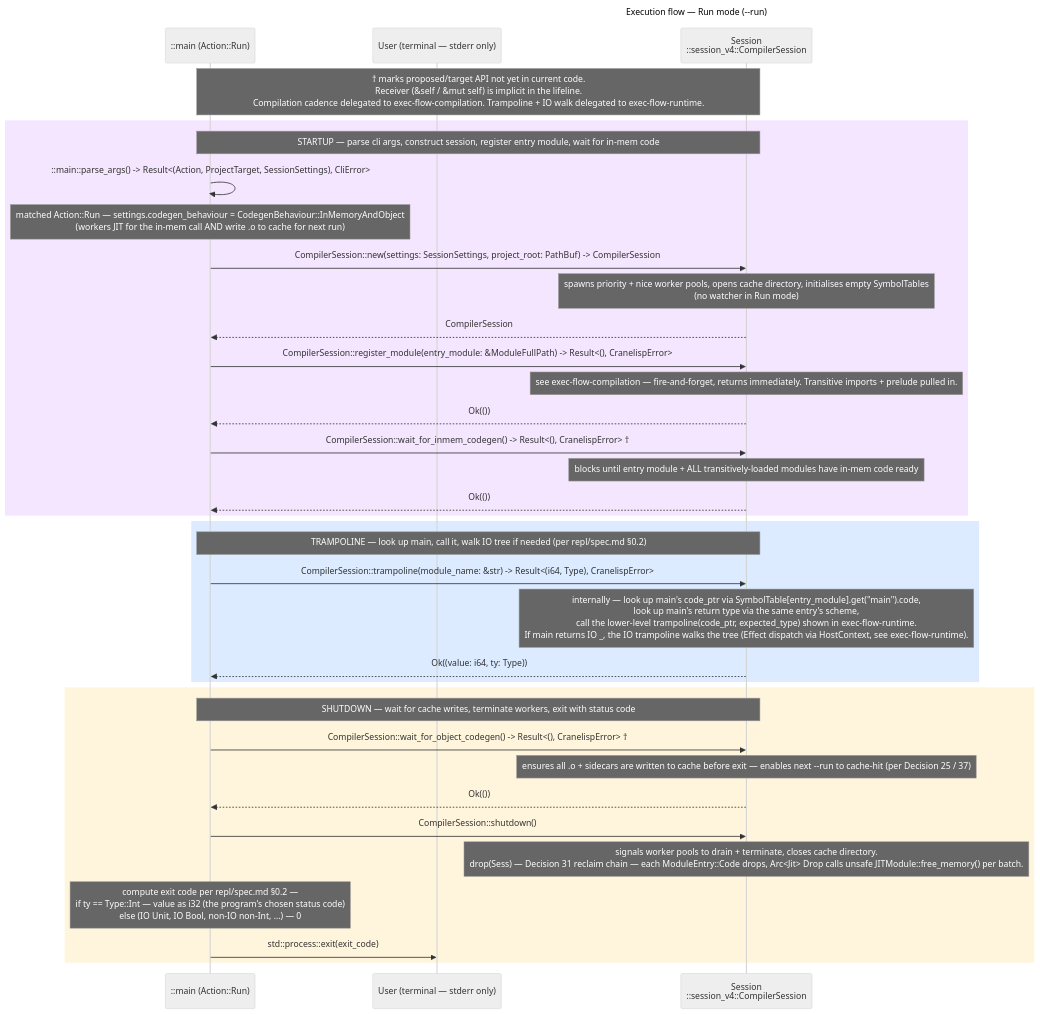
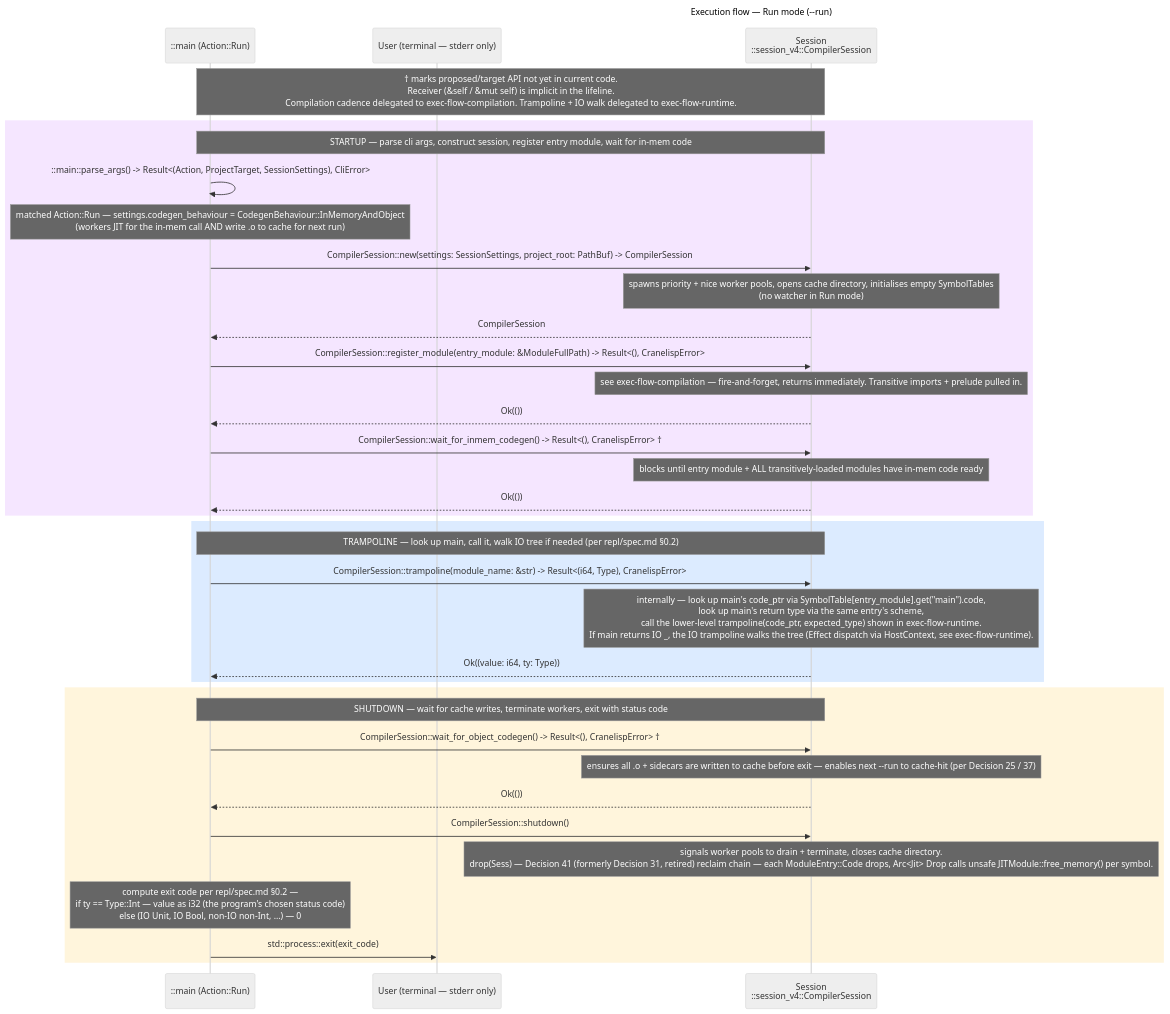
One commit to alilee/cranelisp changed the diagram in design/arch/sequences/exec-flow-run.mmd. Above: the diagram before and after it, drawn with Mermaid (neutral theme). The commit also changed 31 other files, not shown here.

```diff
--- a/design/arch/sequences/exec-flow-run.mmd
+++ b/design/arch/sequences/exec-flow-run.mmd
@@ -1,50 +1,50 @@
 sequenceDiagram
     title Execution flow — Run mode (--run)
 
     participant Initiator as ::main (Action::Run)
     participant User as User (terminal — stderr only)
     participant Sess as Session<br/>::session_v4::CompilerSession
 
     Note over Initiator, Sess: † marks proposed/target API not yet in current code.<br/>Receiver (&self / &mut self) is implicit in the lifeline.<br/>Compilation cadence delegated to exec-flow-compilation. Trampoline + IO walk delegated to exec-flow-runtime.
 
     rect rgb(245, 230, 255)
         Note over Initiator, Sess: STARTUP — parse cli args, construct session, register entry module, wait for in-mem code
 
         Initiator ->> Initiator: ::main::parse_args() -> Result<(Action, ProjectTarget, SessionSettings), CliError>
         Note over Initiator: matched Action::Run — settings.codegen_behaviour = CodegenBehaviour::InMemoryAndObject<br/>(workers JIT for the in-mem call AND write .o to cache for next run)
 
         Initiator ->> Sess: CompilerSession::new(settings: SessionSettings, project_root: PathBuf) -> CompilerSession
         Note over Sess: spawns priority + nice worker pools, opens cache directory, initialises empty SymbolTables<br/>(no watcher in Run mode)
         Sess -->> Initiator: CompilerSession
 
         Initiator ->> Sess: CompilerSession::register_module(entry_module: &ModuleFullPath) -> Result<(), CranelispError>
         Note over Sess: see exec-flow-compilation — fire-and-forget, returns immediately. Transitive imports + prelude pulled in.
         Sess -->> Initiator: Ok(())
 
         Initiator ->> Sess: CompilerSession::wait_for_inmem_codegen() -> Result<(), CranelispError> †
         Note over Sess: blocks until entry module + ALL transitively-loaded modules have in-mem code ready
         Sess -->> Initiator: Ok(())
     end
 
     rect rgb(220, 235, 255)
         Note over Initiator, Sess: TRAMPOLINE — look up main, call it, walk IO tree if needed (per repl/spec.md §0.2)
 
         Initiator ->> Sess: CompilerSession::trampoline(module_name: &str) -> Result<(i64, Type), CranelispError>
         Note over Sess: internally — look up main's code_ptr via SymbolTable[entry_module].get("main").code,<br/>look up main's return type via the same entry's scheme,<br/>call the lower-level trampoline(code_ptr, expected_type) shown in exec-flow-runtime.<br/>If main returns IO _, the IO trampoline walks the tree (Effect dispatch via HostContext, see exec-flow-runtime).
         Sess -->> Initiator: Ok((value: i64, ty: Type))
     end
 
     rect rgb(255, 245, 220)
         Note over Initiator, Sess: SHUTDOWN — wait for cache writes, terminate workers, exit with status code
 
         Initiator ->> Sess: CompilerSession::wait_for_object_codegen() -> Result<(), CranelispError> †
         Note over Sess: ensures all .o + sidecars are written to cache before exit — enables next --run to cache-hit (per Decision 25 / 37)
         Sess -->> Initiator: Ok(())
 
         Initiator ->> Sess: CompilerSession::shutdown()
-        Note over Sess: signals worker pools to drain + terminate, closes cache directory.<br/>drop(Sess) — Decision 31 reclaim chain — each ModuleEntry::Code drops, Arc<Jit> Drop calls unsafe JITModule::free_memory() per batch.
+        Note over Sess: signals worker pools to drain + terminate, closes cache directory.<br/>drop(Sess) — Decision 41 (formerly Decision 31, retired) reclaim chain — each ModuleEntry::Code drops, Arc<Jit> Drop calls unsafe JITModule::free_memory() per symbol.
 
         Note over Initiator: compute exit code per repl/spec.md §0.2 —<br/>if ty == Type::Int — value as i32 (the program's chosen status code)<br/>else (IO Unit, IO Bool, non-IO non-Int, ...) — 0
 
         Initiator ->> User: std::process::exit(exit_code)
     end
```
